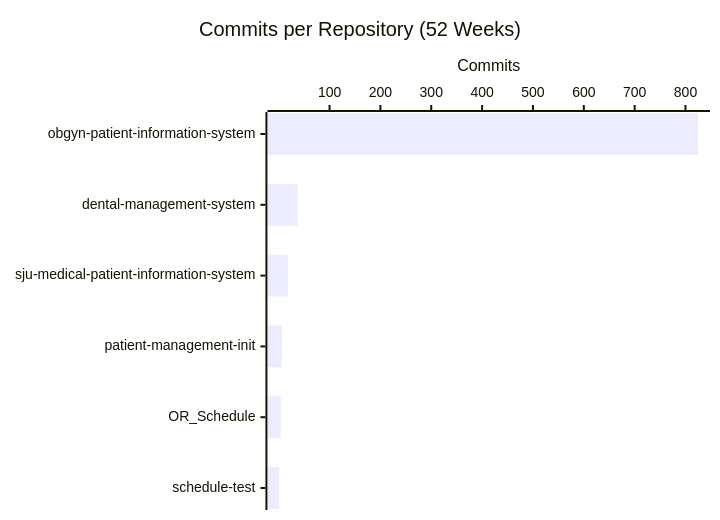
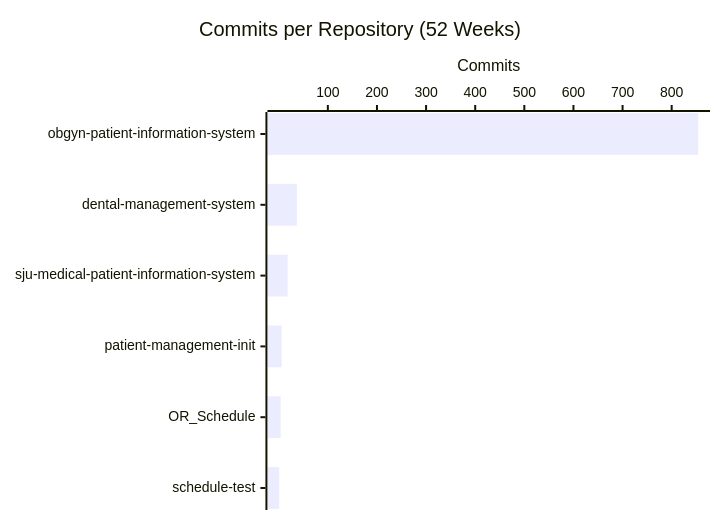
Before and after one commit to CSTH-Projects/.github: the second of 4 diagrams in profile/README.md, drawn with Mermaid. The commit also changed other lines of this file, not shown here.

````diff
--- a/profile/README.md
+++ b/profile/README.md
@@ -24,7 +24,7 @@
 ```mermaid
 xychart-beta horizontal
     title "Commits per Repository (52 Weeks)"
     x-axis ["obgyn-patient-information-system", "dental-management-system", "sju-medical-patient-information-system", "patient-management-init", "OR_Schedule", "schedule-test"]
     y-axis "Commits"
-    bar [825, 37, 18, 6, 4, 1]
+    bar [854, 37, 18, 6, 4, 1]
 ```
````
